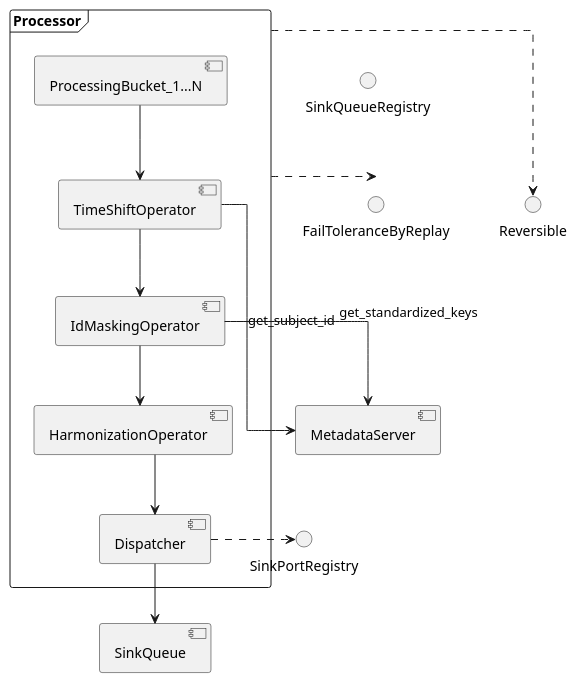
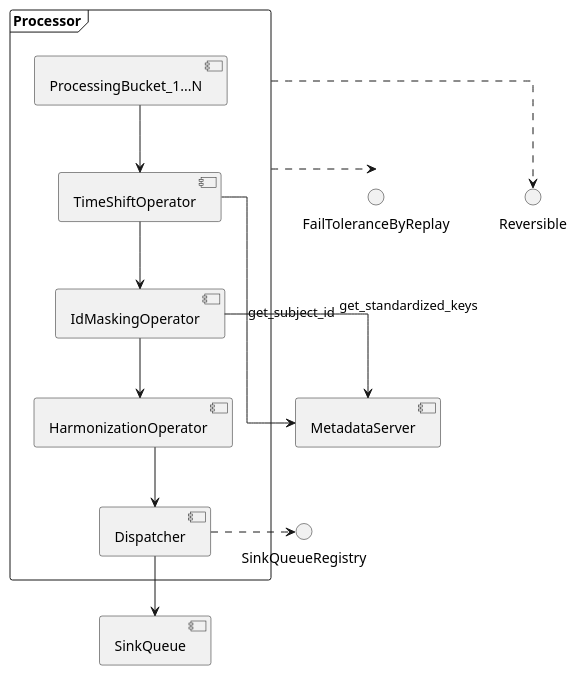
One commit to grafysi/horizpipes-design-documents changed the diagram in buildSrc/snippets/puml/Processor_Architecture.puml. Above: the diagram before and after it, drawn with PlantUML.

Commit message:
Fix processor arch figure

```diff
--- a/buildSrc/snippets/puml/Processor_Architecture.puml
+++ b/buildSrc/snippets/puml/Processor_Architecture.puml
@@ -1,36 +1,36 @@
 @startuml
 skinparam linetype ortho
 
 frame Processor {
     component ProcessingBucket_1...N
     component TimeShiftOperator
     component IdMaskingOperator
     component HarmonizationOperator
     component Dispatcher
 
 
 
 
     ProcessingBucket_1...N --> TimeShiftOperator
     TimeShiftOperator --> IdMaskingOperator
     IdMaskingOperator --> HarmonizationOperator
     HarmonizationOperator --> Dispatcher
 }
 
 interface SinkQueueRegistry
-Dispatcher .r.> SinkPortRegistry
+Dispatcher .r.> SinkQueueRegistry
 
 interface FailToleranceByReplay
 interface Reversible
 
 Processor ..> Reversible
 Processor ..> FailToleranceByReplay
 
 component MetadataServer
 TimeShiftOperator --> MetadataServer: get_subject_id
 IdMaskingOperator --> MetadataServer: get_standardized_keys
 
 component SinkQueue
 Dispatcher --> SinkQueue
 
 @enduml
```
